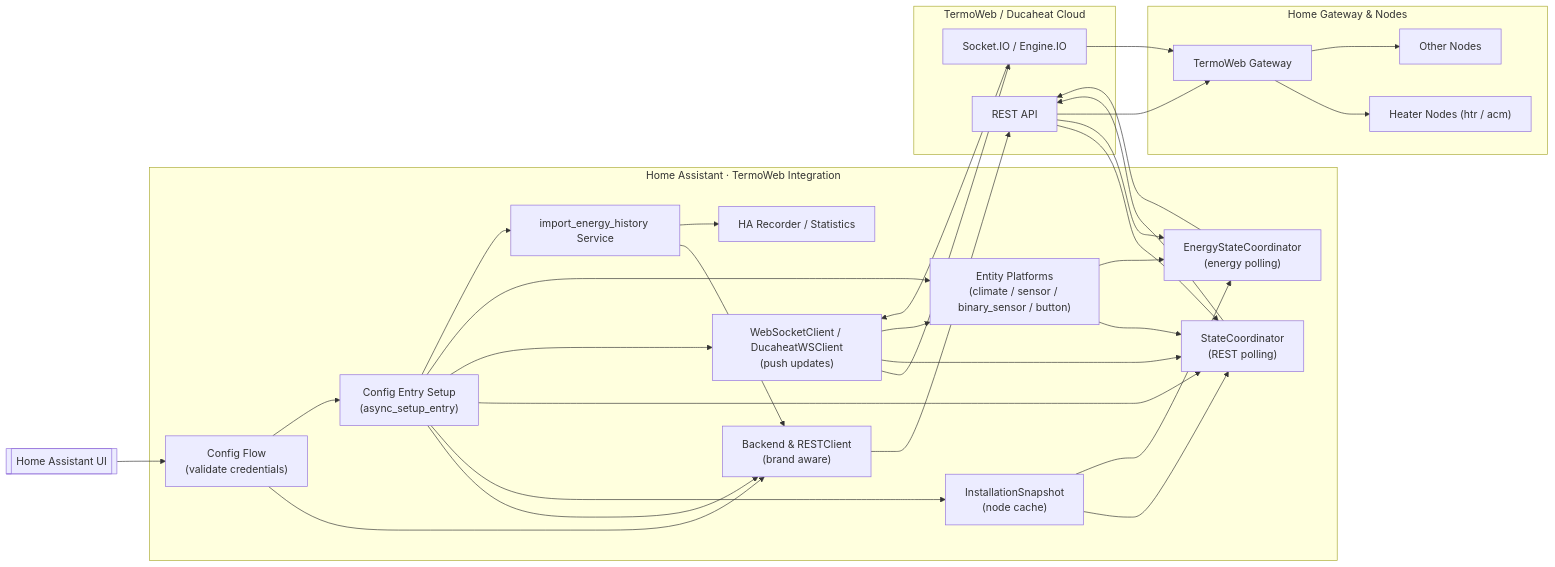
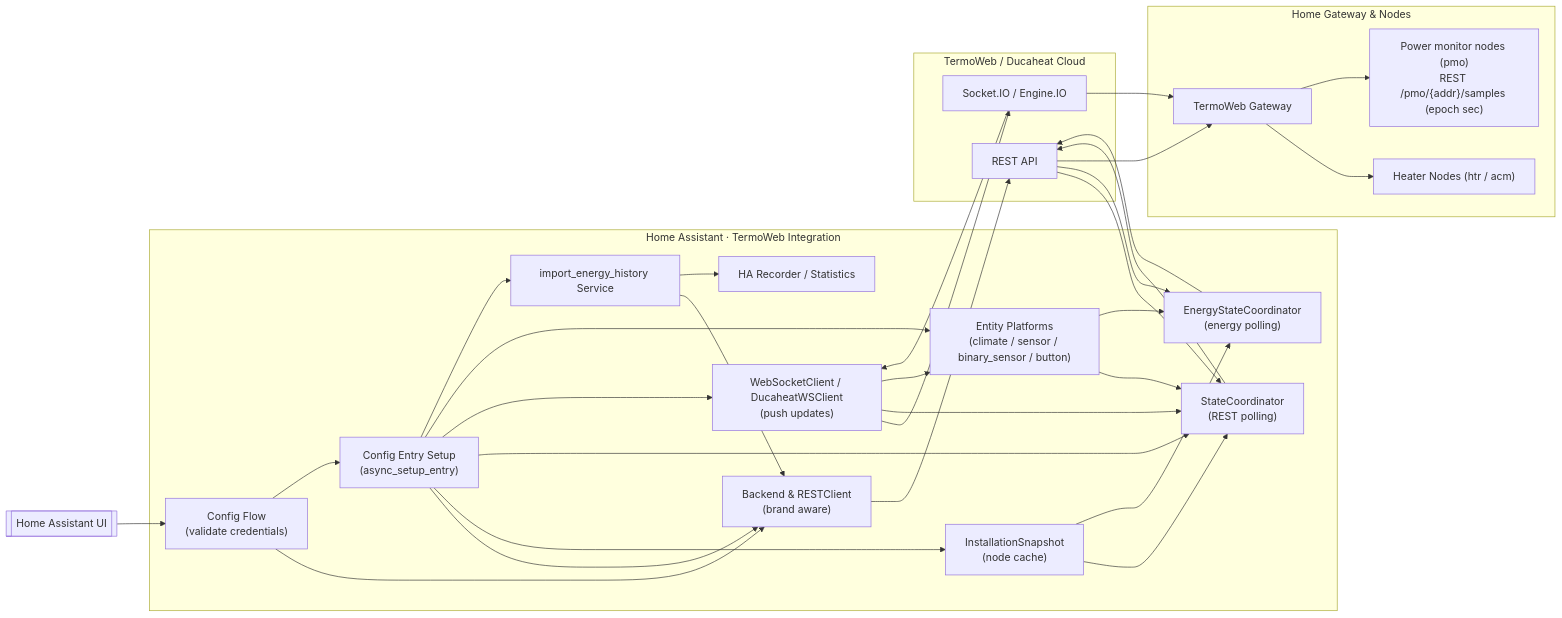
The first of 2 diagrams in docs/architecture.md (ha-termoweb/ha-termoweb), drawn with Mermaid before and after one commit. The commit also changed other lines of this file and 3 other files, not shown here.

Commit message:
docs: describe pmo power monitor APIs and data flow

````diff
--- a/docs/architecture.md
+++ b/docs/architecture.md
@@ -72,61 +83,61 @@
 ```mermaid
 flowchart LR
     User[[Home Assistant UI]]
 
     subgraph HA[Home Assistant · TermoWeb Integration]
         CF["Config Flow\n(validate credentials)"]
         Setup["Config Entry Setup\n(async_setup_entry)"]
         BackendFactory["Backend & RESTClient\n(brand aware)"]
         Snapshot["InstallationSnapshot\n(node cache)"]
         Coord["StateCoordinator\n(REST polling)"]
         EnergyCoord["EnergyStateCoordinator\n(energy polling)"]
         Entities["Entity Platforms\n(climate / sensor / binary_sensor / button)"]
         WS["WebSocketClient / DucaheatWSClient\n(push updates)"]
         Service[import_energy_history Service]
         Recorder[HA Recorder / Statistics]
     end
 
     subgraph Cloud[TermoWeb / Ducaheat Cloud]
         REST[REST API]
         Socket[Socket.IO / Engine.IO]
     end
 
     subgraph Field[Home Gateway & Nodes]
         Gateway[TermoWeb Gateway]
         Htr["Heater Nodes (htr / acm)"]
-        Pmo[Other Nodes]
+        Pmo["Power monitor nodes (pmo)\nREST /pmo/{addr}/samples (epoch sec)"]
     end
 
     User --> CF
     CF --> BackendFactory
     CF --> Setup
     Setup --> BackendFactory
     Setup --> Snapshot
     Setup --> Coord
     Setup --> WS
     Setup --> Entities
     Setup --> Service
 
     BackendFactory --> REST
     Coord --> REST
     REST --> Coord
     WS --> Socket
     Socket --> WS
     WS --> Coord
     WS --> Entities
 
     Snapshot --> Coord
     Snapshot --> EnergyCoord
     EnergyCoord --> REST
     REST --> EnergyCoord
 
     Entities --> Coord
     Entities --> EnergyCoord
     Service --> BackendFactory
     Service --> Recorder
 
     REST --> Gateway
     Socket --> Gateway
     Gateway --> Htr
     Gateway --> Pmo
 ```
````
